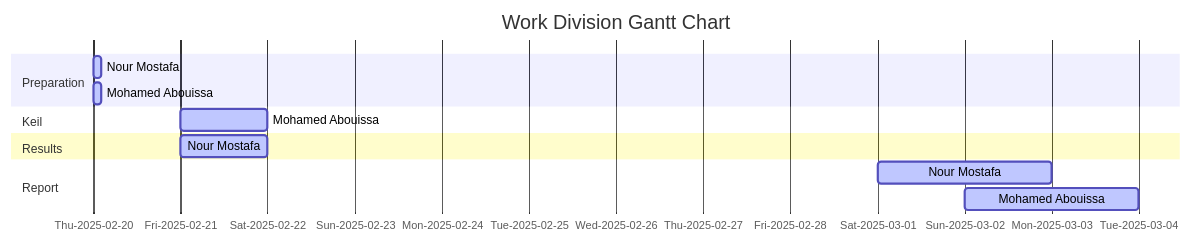
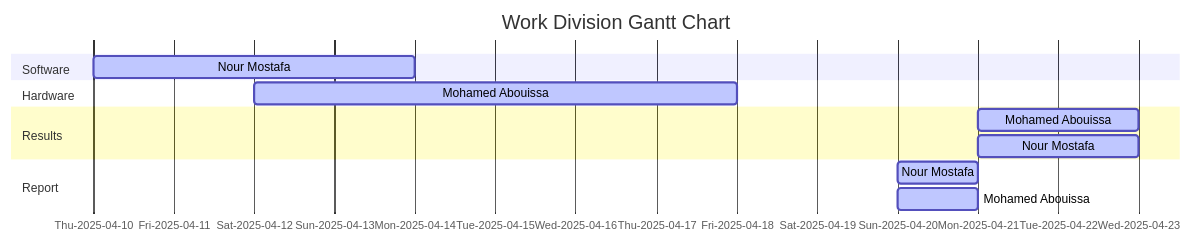
The second of 2 diagrams in README.md (MONO-1223/AURAK-CENG432-Voltian), drawn with Mermaid before and after one commit. The commit also changed other lines of this file, not shown here.

Commit message:
nour update

````diff
--- a/README.md
+++ b/README.md
@@ -228,17 +322,17 @@
 ```mermaid
 gantt
     title Work Division Gantt Chart
     tickInterval 1day
     todayMarker off
     axisFormat %a-%Y-%m-%d
-    section Preparation         
-        Nour Mostafa : active, 2025-02-20 00:00, 02h
-        Mohamed Abouissa : active, 2025-02-20 00:00, 02h
-    section Keil         
-        Mohamed Abouissa : active,2025-02-21 00:00, 1d
-    section Results       
-        Nour Mostafa : active, 2025-02-21 00:00, 1d
+    section Software         
+        Nour Mostafa : active,2025-04-10 00:00, 4d
+    section Hardware         
+        Mohamed Abouissa : active,2025-04-12 00:00, 6d
+    section Results
+	Mohamed Abouissa : active,2025-04-21 00:00, 2d    
+        Nour Mostafa : active, 2025-04-21 00:00, 2d
     section Report
-        Nour Mostafa : active, 2025-03-01 00:00, 2d
-        Mohamed Abouissa : active, 2025-03-02 00:00, 2d
+        Nour Mostafa : active, 2025-04-20 00:00, 1d
+        Mohamed Abouissa : active, 2025-04-20 00:00, 1d
 ```
````
